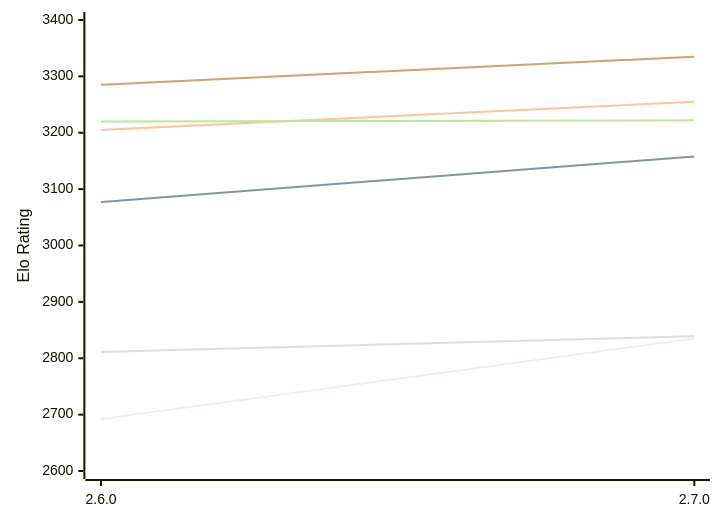
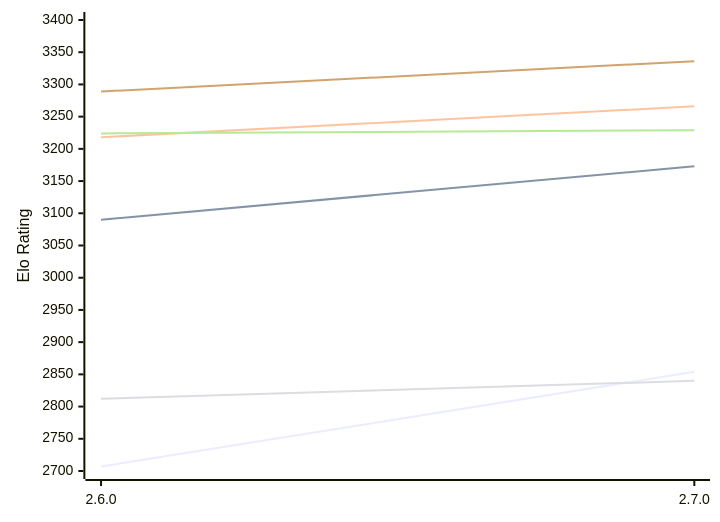
The first of 2 diagrams in engines/Sturddle2.md (computer-chess-index/cci), drawn with Mermaid before and after one commit. The commit also changed other lines of this file, not shown here.

Commit message:
Update CCI Ratings (ELO VLTC) - 2026-10-22

````diff
--- a/engines/Sturddle2.md
+++ b/engines/Sturddle2.md
@@ -51,12 +51,12 @@
 ```mermaid
 %%{init: {"theme":"base","themeVariables":{"seriesColors:['#a3a3a3','#222221','#faa371']}}}%%
 xychart-beta
   x-axis ["2.6.0", "2.7.0"]
-  y-axis "Elo Rating" 2600 --> 3400
-  line "E1: STC (8.0+0.08s)" [2692, 2835]
-  line "E1: LTC (60.0+0.60s)" [3077, 3158]
-  line "E1: VLTC (2m24s+1.12s)" [3205, 3255]
-  line "P1: STC (8.0+0.08s)" [2811, 2839]
-  line "P1: LTC (60.0+0.60s)" [3220, 3222]
-  line "P1: VLTC (2m24s+1.12s)" [3285, 3335]
+  y-axis "Elo Rating" 2700 --> 3400
+  line "E1: STC (8.0+0.08s)" [2707, 2854]
+  line "E1: LTC (60.0+0.60s)" [3090, 3173]
+  line "E1: VLTC (2m24s+1.12s)" [3218, 3266]
+  line "P1: STC (8.0+0.08s)" [2812, 2840]
+  line "P1: LTC (60.0+0.60s)" [3224, 3229]
+  line "P1: VLTC (2m24s+1.12s)" [3289, 3336]
 ```
````
